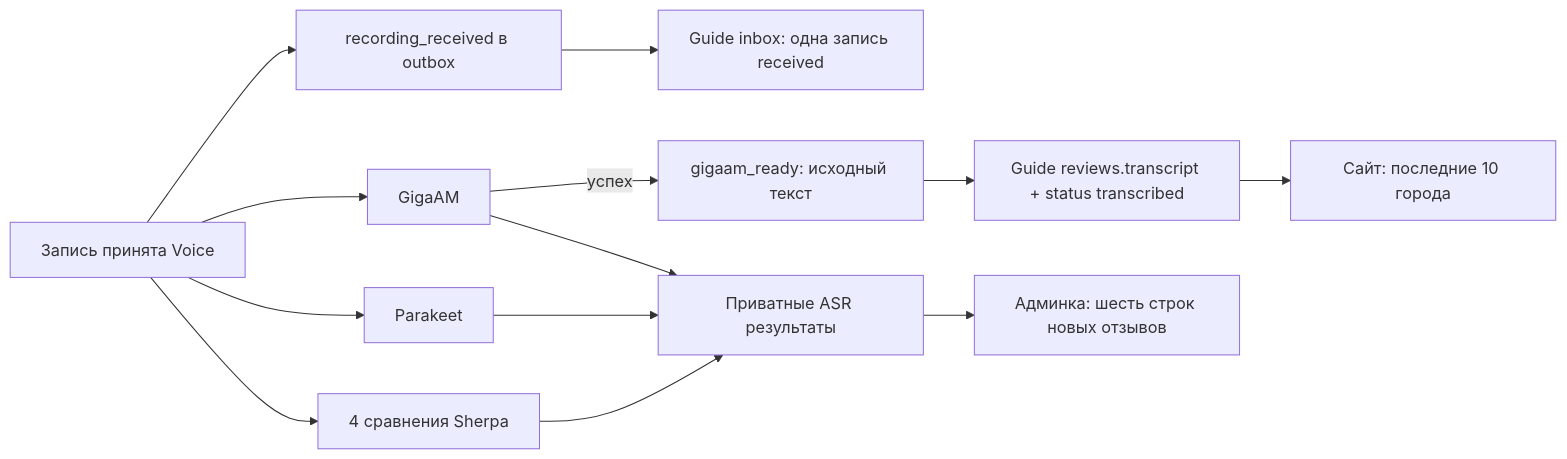
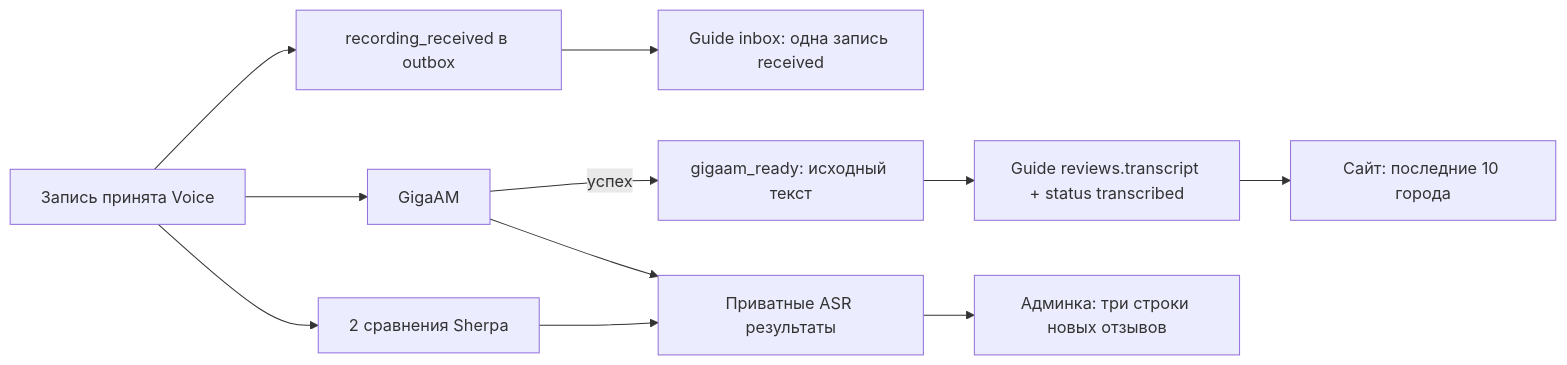
The diagram in docs/ADMIN_REVIEWS.md (involtax/involta-guide), drawn with Mermaid before and after one commit. The commit also changed other lines of this file and 26 other files, not shown here.

````diff
--- a/docs/ADMIN_REVIEWS.md
+++ b/docs/ADMIN_REVIEWS.md
@@ -38,15 +38,13 @@
 ```mermaid
 flowchart LR
     A[Запись принята Voice] --> R[recording_received в outbox]
     R --> I[Guide inbox: одна запись received]
     A --> G[GigaAM]
-    A --> P[Parakeet]
-    A --> S[4 сравнения Sherpa]
+    A --> S[2 сравнения Sherpa]
     G -->|успех| E[gigaam_ready: исходный текст]
     E --> T[Guide reviews.transcript + status transcribed]
     T --> W[Сайт: последние 10 города]
     G --> C[Приватные ASR результаты]
-    P --> C
     S --> C
-    C --> UI[Админка: шесть строк новых отзывов]
+    C --> UI[Админка: три строки новых отзывов]
 ```
````
